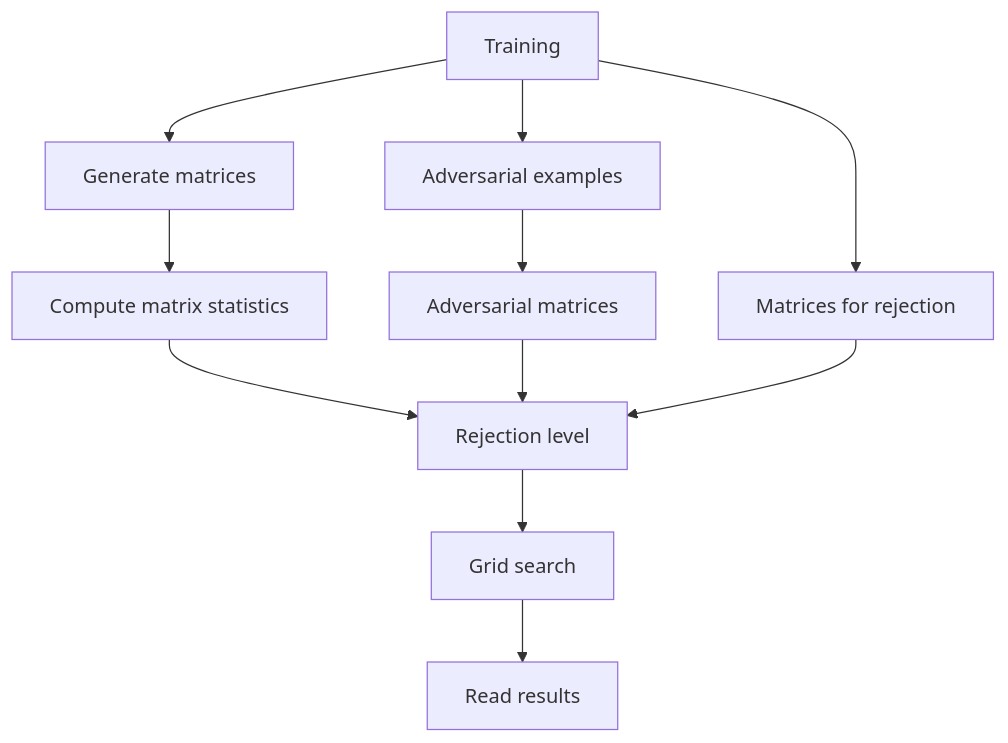
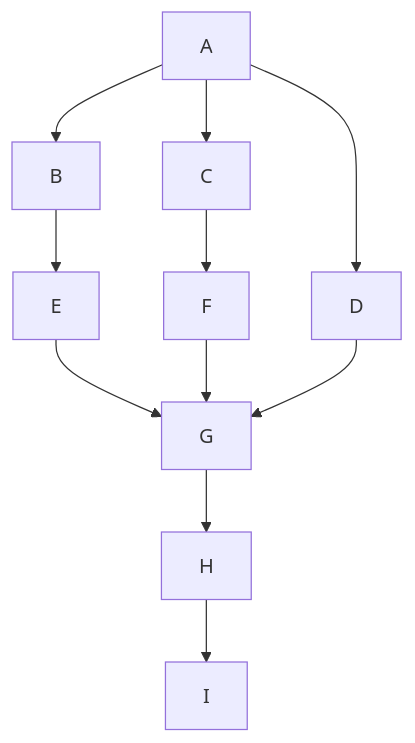
The diagram in README.md (MarcoArmenta/Hidden-Activations-are-not-Enough), drawn with Mermaid before and after one commit. The commit also changed other lines of this file, not shown here.

````diff
--- a/README.md
+++ b/README.md
@@ -99,13 +36,13 @@
 ```mermaid
 flowchart TD
-    A[Training] --> B[Generate matrices]
-    A --> C[Adversarial examples]
-    A --> D[Matrices for rejection]
-    B --> E[Compute matrix statistics]
-    C --> F[Adversarial matrices] 
-    E --> G[Rejection level]
+    A[A] --> B[B]
+    A --> C[C]
+    A --> D[D]
+    B --> E[E]
+    C --> F[F] 
+    E --> G[G]
     F --> G
     D --> G
-    G --> H[Grid search]
-    H --> I[Read results]
+    G --> H[H]
+    H --> I[I]
 ```
````
